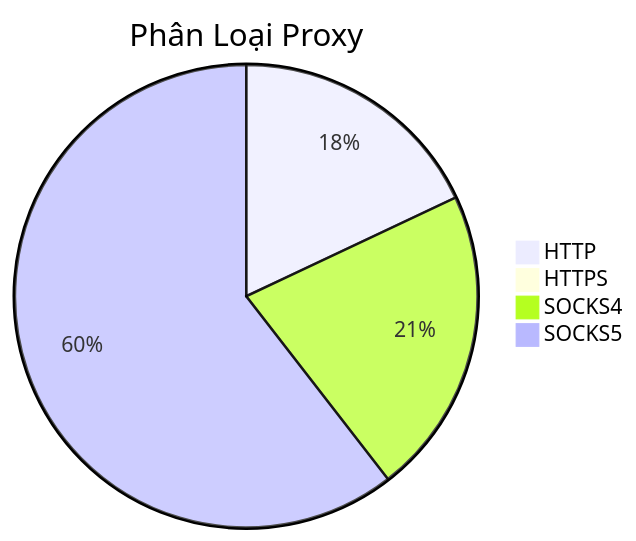
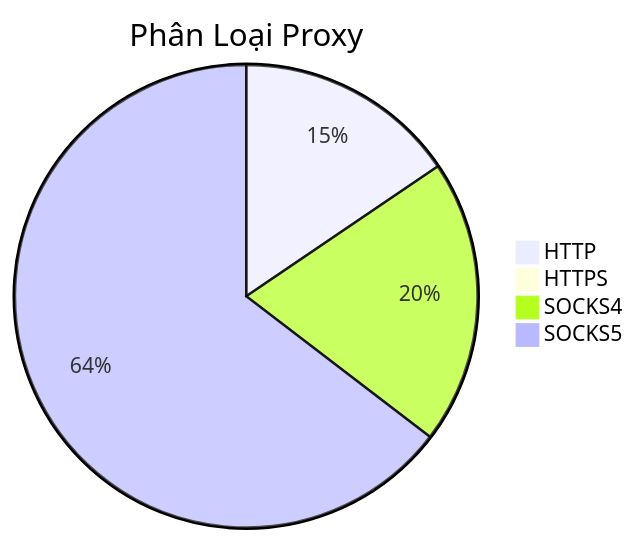
The diagram in README.md (Ciara-Aa/PROXY-free), drawn with Mermaid before and after one commit. The commit also changed other lines of this file and 4 other files, not shown here.

````diff
--- a/README.md
+++ b/README.md
@@ -26,7 +26,7 @@
 ```mermaid
 pie title Phân Loại Proxy
-    "HTTP" : 301
-    "HTTPS" : 6
-    "SOCKS4" : 360
-    "SOCKS5" : 1012
+    "HTTP" : 291
+    "HTTPS" : 4
+    "SOCKS4" : 373
+    "SOCKS5" : 1212
 ```
````
